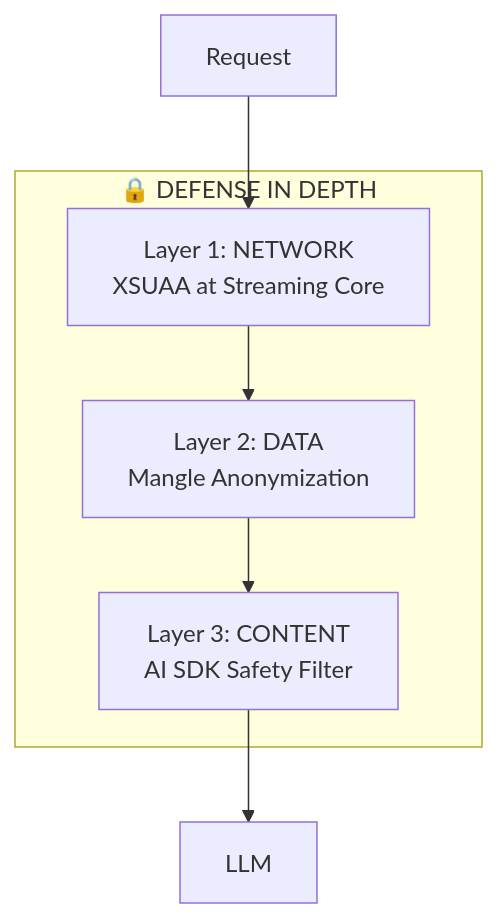
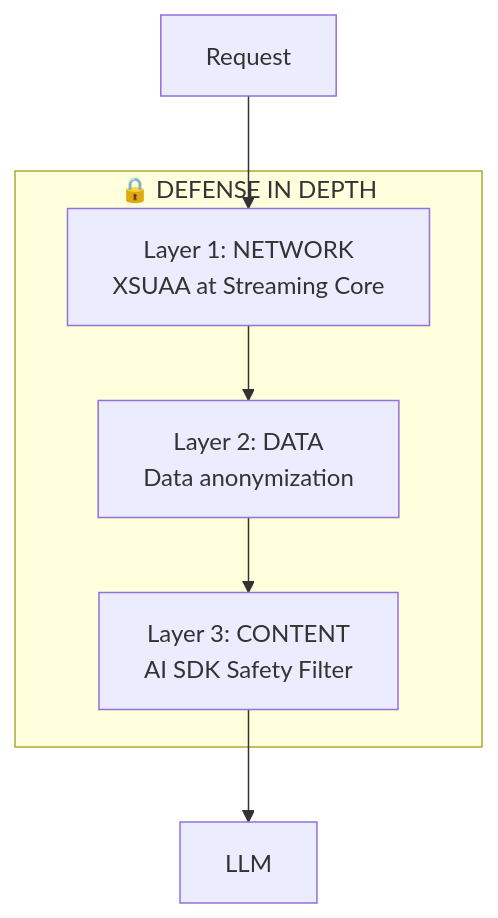
The seventh of 10 diagrams in docs/business-briefs/03-ensemble-strategy.md (GJKarthik/sap-oss-v1), drawn with Mermaid before and after one commit. The commit also changed other lines of this file and 2548 other files, not shown here.

````diff
--- a/docs/business-briefs/03-ensemble-strategy.md
+++ b/docs/business-briefs/03-ensemble-strategy.md
@@ -160,13 +160,13 @@
 ```mermaid
 flowchart TB
     subgraph Security["🔒 DEFENSE IN DEPTH"]
         L1["Layer 1: NETWORK<br/>XSUAA at Streaming Core"]
-        L2["Layer 2: DATA<br/>Mangle Anonymization"]
+        L2["Layer 2: DATA<br/>Data anonymization"]
         L3["Layer 3: CONTENT<br/>AI SDK Safety Filter"]
     end
     
     Request["Request"] --> L1
     L1 --> L2
     L2 --> L3
     L3 --> LLM["LLM"]
 ```
````
